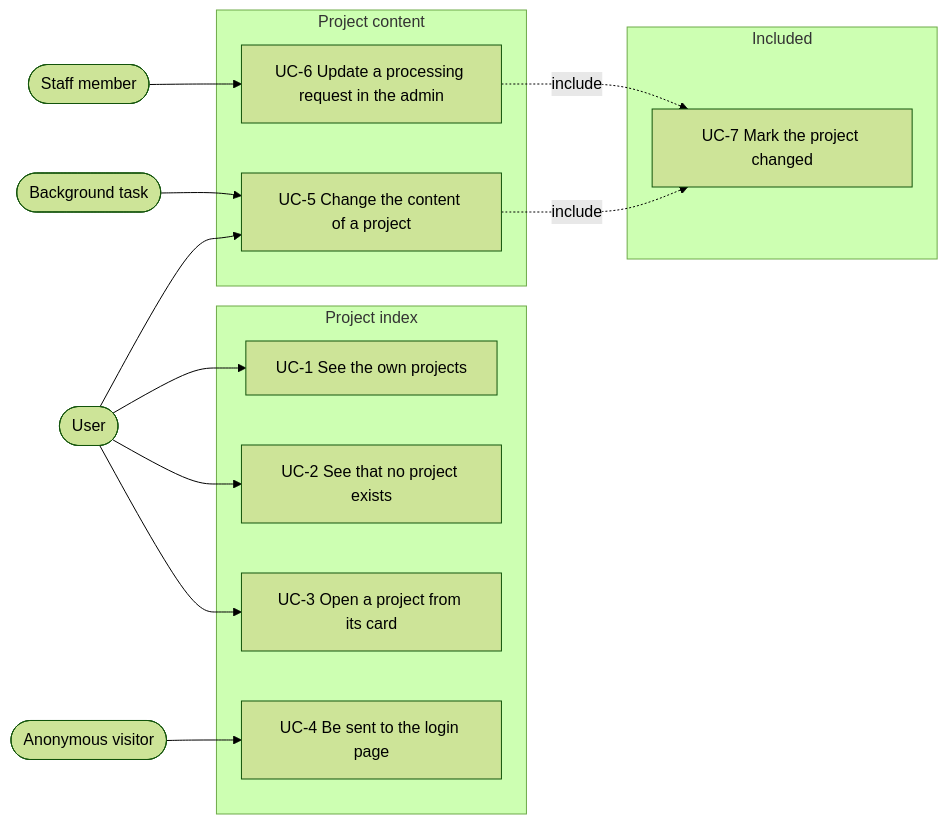
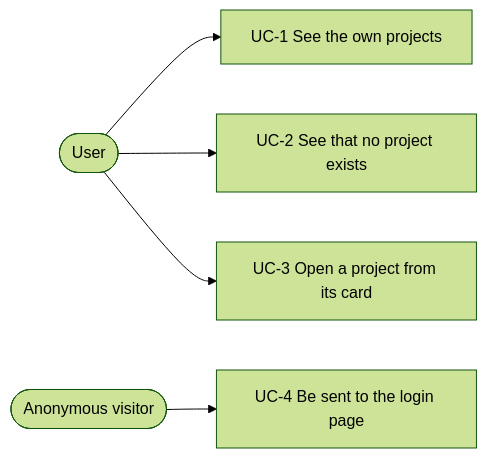
One commit to asr4memory/mmt-py changed the diagram in specs/2026-10-12-project-cards.md. Above: the diagram before and after it, drawn with Mermaid (forest theme). The commit also changed other lines of this file and 1 other file, not shown here.

Commit message:
Split the project cards spec and shorten both parts

````diff
--- a/specs/2026-10-12-project-cards.md
+++ b/specs/2026-10-12-project-cards.md
@@ -133,34 +34,15 @@
 ```mermaid
 flowchart LR
   user([User])
   anon([Anonymous visitor])
-  staff([Staff member])
-  task([Background task])
 
-  subgraph index["Project index"]
-    uc1[UC-1 See the own projects]
-    uc2[UC-2 See that no project exists]
-    uc3[UC-3 Open a project from its card]
-    uc4[UC-4 Be sent to the login page]
-  end
-
-  subgraph content["Project content"]
-    uc5[UC-5 Change the content of a project]
-    uc6[UC-6 Update a processing request in the admin]
-  end
-
-  subgraph shared["Included"]
-    uc7[UC-7 Mark the project changed]
-  end
+  uc1[UC-1 See the own projects]
+  uc2[UC-2 See that no project exists]
+  uc3[UC-3 Open a project from its card]
+  uc4[UC-4 Be sent to the login page]
 
   user --> uc1
   user --> uc2
   user --> uc3
   anon --> uc4
-  user --> uc5
-  task --> uc5
-  staff --> uc6
-
-  uc5 -. include .-> uc7
-  uc6 -. include .-> uc7
 ```
````
